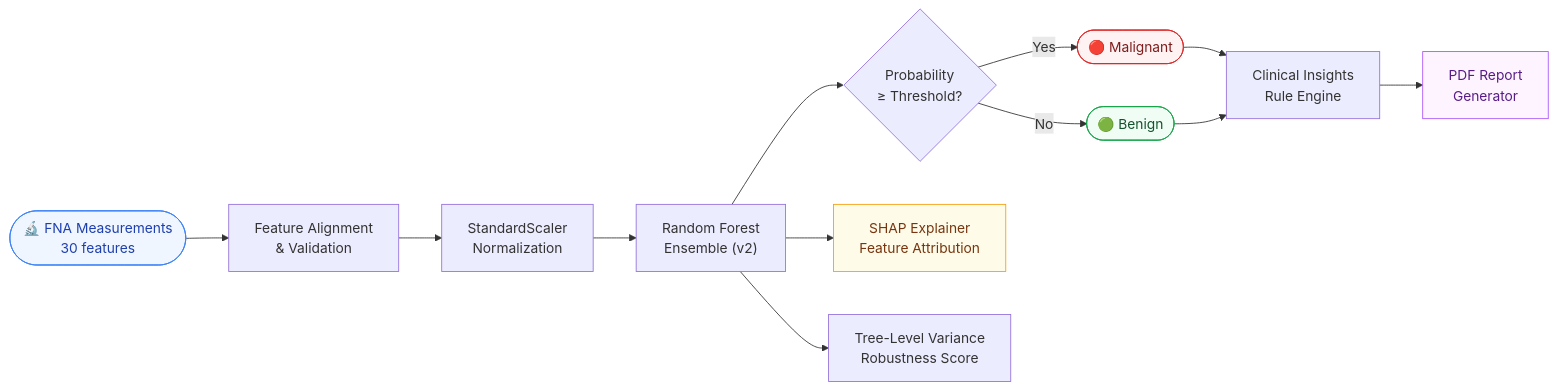
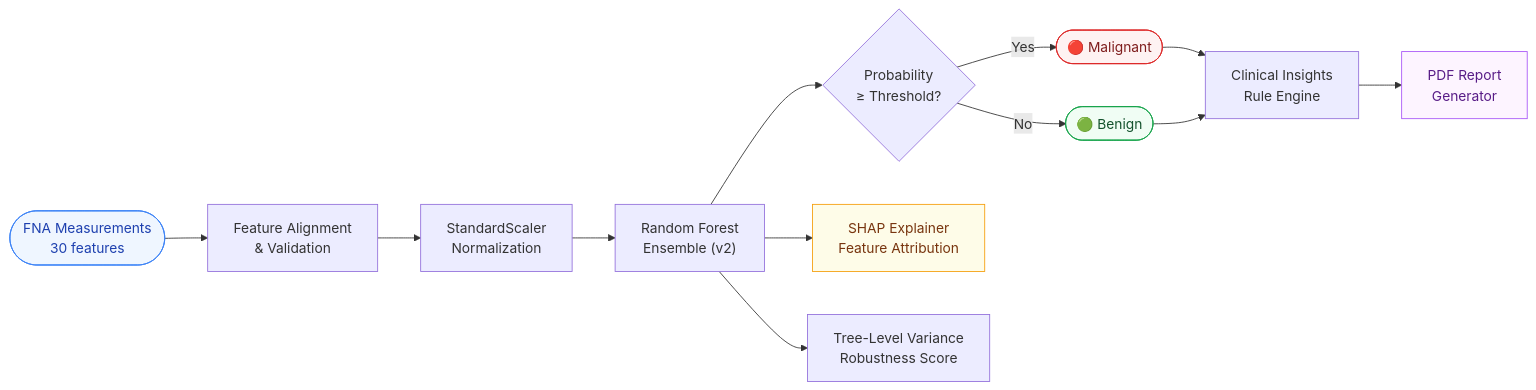
One commit to Khanz9664/Breast-Cancer-Prediction changed the second of 5 diagrams in README.md. Above: the diagram before and after it, drawn with Mermaid. The commit also changed other lines of this file and 17 other files, not shown here.

````diff
--- a/README.md
+++ b/README.md
@@ -150,20 +153,20 @@
 ```mermaid
 flowchart LR
-    A(["🔬 FNA Measurements\n30 features"]) --> B["Feature Alignment\n& Validation"]
+    A(["FNA Measurements\n30 features"]) --> B["Feature Alignment\n& Validation"]
     B --> C["StandardScaler\nNormalization"]
     C --> D["Random Forest\nEnsemble (v2)"]
     D --> E{"Probability\n≥ Threshold?"}
     E -- Yes --> F(["🔴 Malignant"])
     E -- No  --> G(["🟢 Benign"])
     D --> H["SHAP Explainer\nFeature Attribution"]
     D --> I["Tree-Level Variance\nRobustness Score"]
     F --> J["Clinical Insights\nRule Engine"]
     G --> J
     J --> K["PDF Report\nGenerator"]
 
     style A fill:#eff6ff,stroke:#3b82f6,color:#1e40af
     style F fill:#fef2f2,stroke:#dc2626,color:#7f1d1d
     style G fill:#f0fdf4,stroke:#16a34a,color:#14532d
     style H fill:#fefce8,stroke:#f59e0b,color:#78350f
     style K fill:#fdf4ff,stroke:#a855f7,color:#581c87
 ```
````
